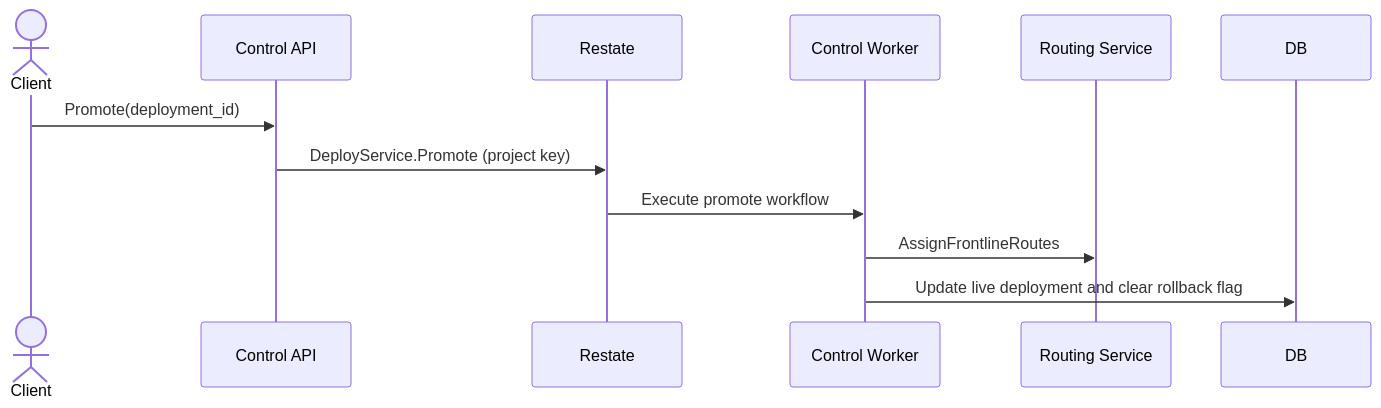
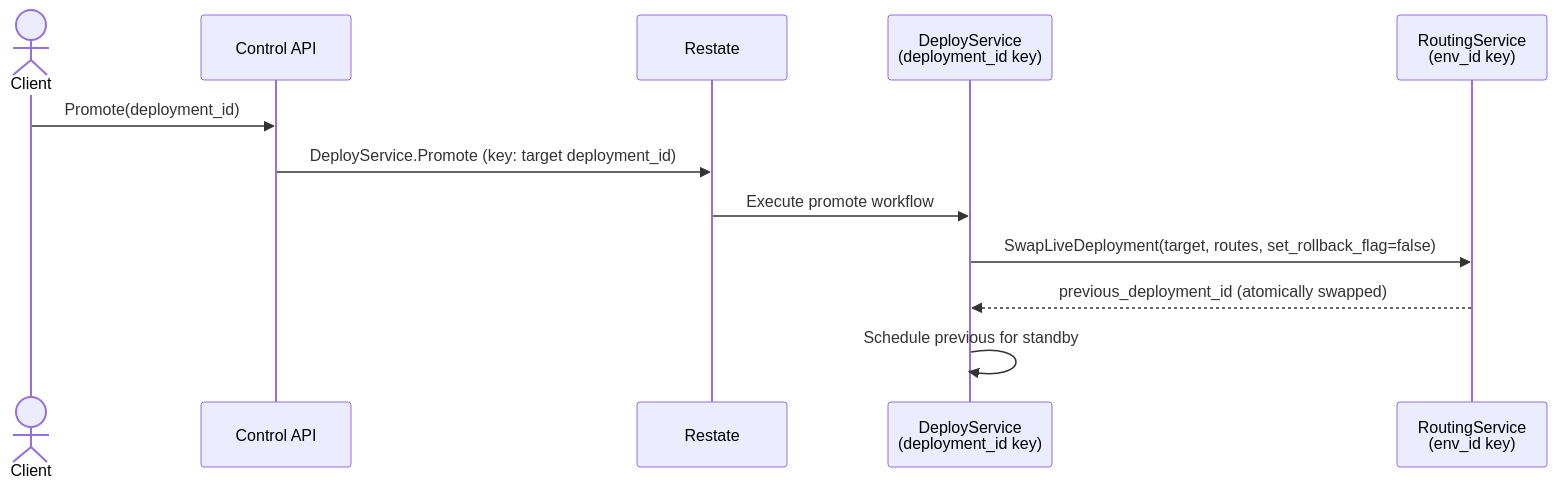
One commit to unkeyed/unkey changed the third of 4 diagrams in docs/engineering/architecture/services/control-plane/worker/workflows/deployments.mdx. Above: the diagram before and after it, drawn with Mermaid. The commit also changed other lines of this file and 60 other files, not shown here.

First line of the commit message:
feat(ctrl): rework build queue for per-env concurrency and cancellation

````diff
--- a/docs/engineering/architecture/services/control-plane/worker/workflows/deployments.mdx
+++ b/docs/engineering/architecture/services/control-plane/worker/workflows/deployments.mdx
@@ -36,14 +90,15 @@
 ```mermaid
 sequenceDiagram
   actor Client
   participant CtrlAPI as Control API
   participant Restate as Restate
-  participant Worker as Control Worker
-  participant Routing as Routing Service
+  participant Worker as DeployService<br/>(deployment_id key)
+  participant Routing as RoutingService<br/>(env_id key)
 
   Client->>CtrlAPI: Promote(deployment_id)
-  CtrlAPI->>Restate: DeployService.Promote (project key)
+  CtrlAPI->>Restate: DeployService.Promote (key: target deployment_id)
   Restate->>Worker: Execute promote workflow
-  Worker->>Routing: AssignFrontlineRoutes
-  Worker->>DB: Update live deployment and clear rollback flag
+  Worker->>Routing: SwapLiveDeployment(target, routes, set_rollback_flag=false)
+  Routing-->>Worker: previous_deployment_id (atomically swapped)
+  Worker->>Worker: Schedule previous for standby
 ```
````
